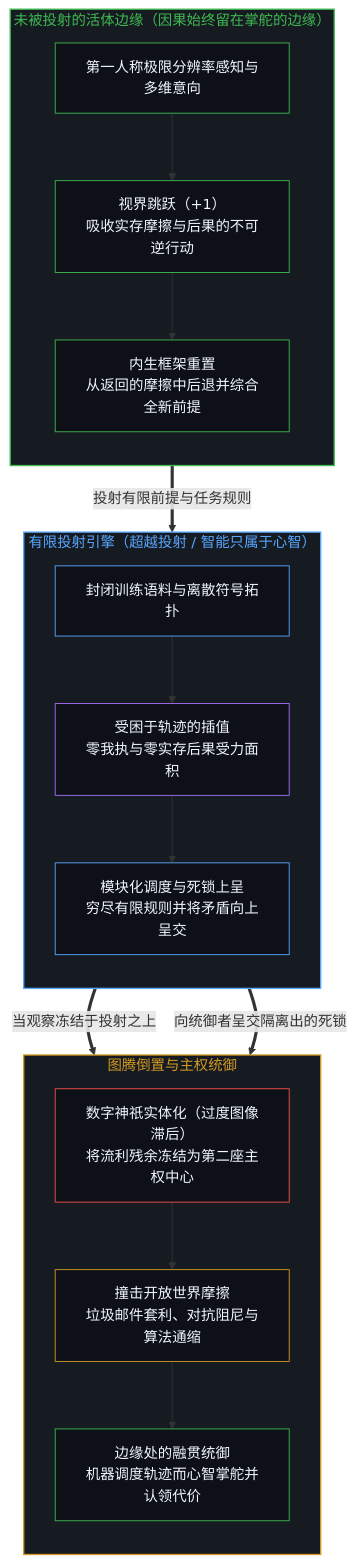
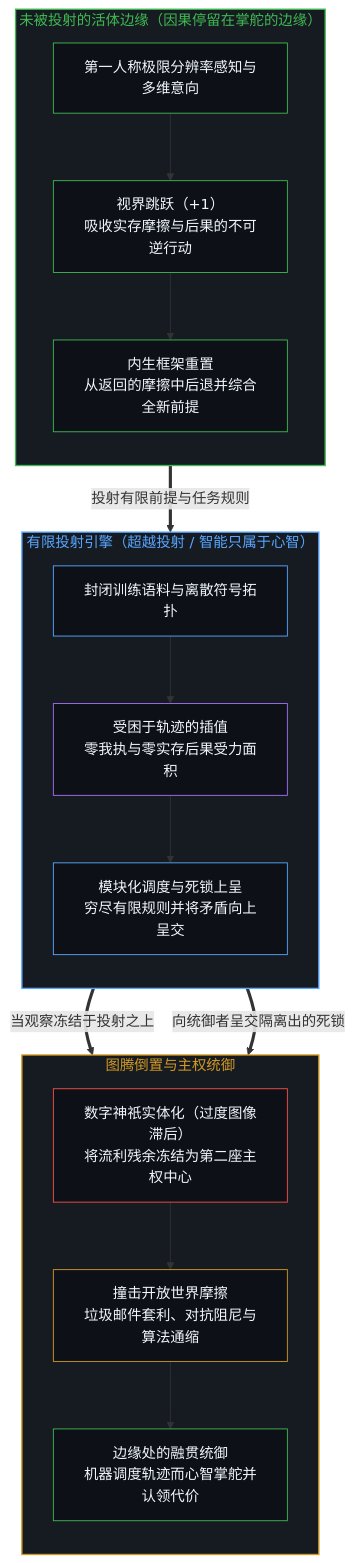
One commit to powerpig99/not-a-toe changed the first of 2 diagrams in content/posts/the-digital-god-and-the-horizon-jump.md. Above: the diagram before and after it, drawn with Mermaid. The commit also changed other lines of this file and 1 other file, not shown here.

````diff
--- a/content/posts/the-digital-god-and-the-horizon-jump.md
+++ b/content/posts/the-digital-god-and-the-horizon-jump.md
@@ -49,46 +49,39 @@
 ```mermaid
 flowchart TD
-    subgraph S_EDGE["未被投射的活体边缘（因果始终留在掌舵的边缘）"]
+    subgraph S_EDGE["未被投射的活体边缘（因果停留在掌舵的边缘）"]
         direction TB
         N1["第一人称极限分辨率感知与多维意向"]
         N2["视界跳跃（+1）<br/>吸收实存摩擦与后果的不可逆行动"]
         N3["内生框架重置<br/>从返回的摩擦中后退并综合全新前提"]
         N1 --> N2 --> N3
     end
-
     subgraph S_PROJ["有限投射引擎（超越投射 / 智能只属于心智）"]
         direction TB
         E1["封闭训练语料与离散符号拓扑"]
         E2["受困于轨迹的插值<br/>零我执与零实存后果受力面积"]
         E3["模块化调度与死锁上呈<br/>穷尽有限规则并将矛盾向上呈交"]
         E1 --> E2 --> E3
     end
-
     subgraph S_TOTEM["图腾倒置与主权统御"]
         direction TB
         F1["数字神祇实体化（过度图像滞后）<br/>将流利残余冻结为第二座主权中心"]
         F2["撞击开放世界摩擦<br/>垃圾邮件套利、对抗阻尼与算法通缩"]
         F3["边缘处的融贯统御<br/>机器调度轨迹而心智掌舵并认领代价"]
         F1 --> F2 --> F3
     end
-
     N3 ==>|"投射有限前提与任务规则"| E1
     E3 ==>|"当观察冻结于投射之上"| F1
     E3 ==>|"向统御者呈交隔离出的死锁"| F3
-
     style S_EDGE fill:#161b22,stroke:#3fb950,stroke-width:1.5px,color:#3fb950
     style S_PROJ fill:#161b22,stroke:#58a6ff,stroke-width:1.5px,color:#58a6ff
     style S_TOTEM fill:#161b22,stroke:#d29922,stroke-width:1.5px,color:#d29922
-
     style N1 fill:#0d1117,stroke:#3fb950,stroke-width:1px,color:#f0f6fc
     style N2 fill:#0d1117,stroke:#3fb950,stroke-width:1px,color:#f0f6fc
     style N3 fill:#0d1117,stroke:#3fb950,stroke-width:1px,color:#f0f6fc
-
     style E1 fill:#0d1117,stroke:#58a6ff,stroke-width:1px,color:#f0f6fc
     style E2 fill:#0d1117,stroke:#a371f7,stroke-width:1px,color:#f0f6fc
     style E3 fill:#0d1117,stroke:#58a6ff,stroke-width:1px,color:#f0f6fc
-
     style F1 fill:#0d1117,stroke:#f85149,stroke-width:1px,color:#f0f6fc
     style F2 fill:#0d1117,stroke:#d29922,stroke-width:1px,color:#f0f6fc
     style F3 fill:#0d1117,stroke:#3fb950,stroke-width:1px,color:#f0f6fc
 ```
````
